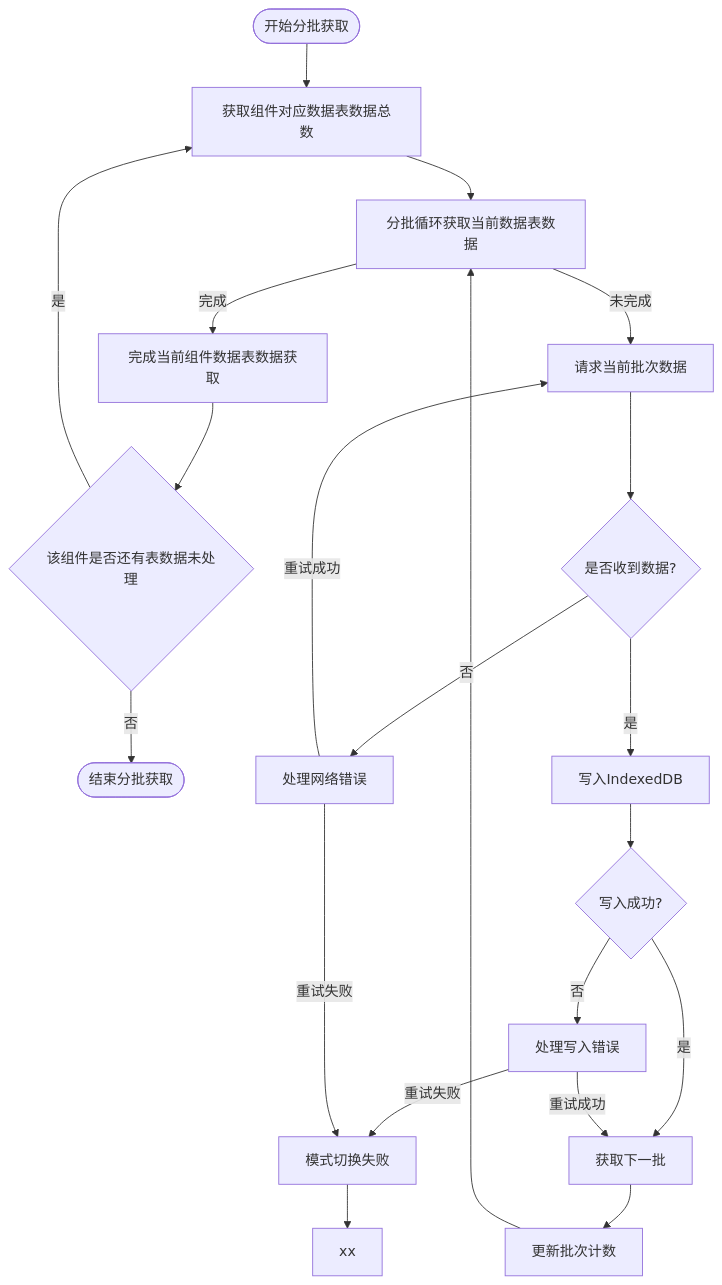
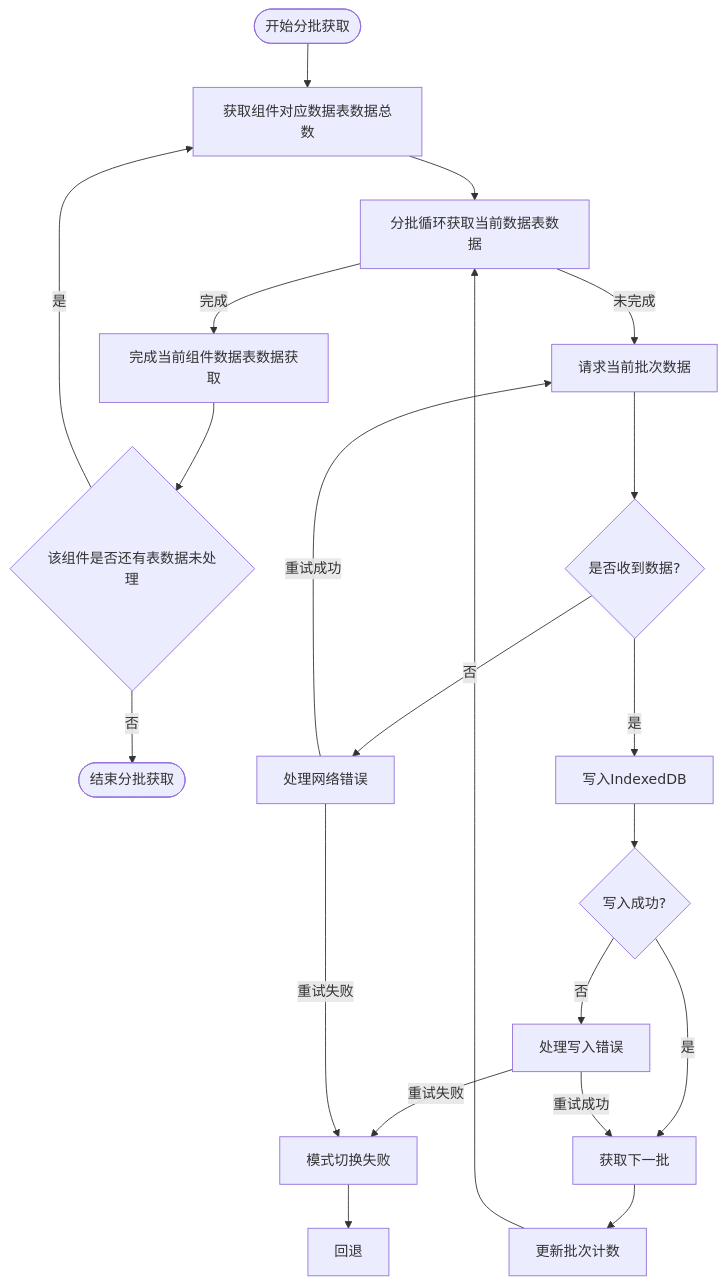
The diagram in all/未命名-56.md (yingjianzh/iodraw-files), drawn with Mermaid before and after one commit.

Commit message:
2025-05-12 10:31:34 update

````diff
--- a/all/未命名-56.md
+++ b/all/未命名-56.md
@@ -1,35 +1,35 @@
 ```mermaid
 
 flowchart TD
     StartBatch([开始分批获取]) --> InitializeBatch[获取组件对应数据表数据总数]
     InitializeBatch --> CheckBatchSize[分批循环获取当前数据表数据]
     
     CheckBatchSize -->|完成| BatchComplete[完成当前组件数据表数据获取]
 
     BatchComplete --> HasNext{该组件是否还有表数据未处理}
 
     HasNext --> |是| InitializeBatch
     HasNext --> |否| EndBatch([结束分批获取])
 
     
     CheckBatchSize -->|未完成| RequestBatch[请求当前批次数据]
     RequestBatch --> ReceiveBatch{是否收到数据?}
     
     ReceiveBatch -->|是| WriteToDB[写入IndexedDB]
     
     WriteToDB --> BatchSuccess{写入成功?}
     BatchSuccess -->|是| NextBatch[获取下一批]
     BatchSuccess -->|否| HandleError[处理写入错误]
     HandleError -->|重试成功| NextBatch
     HandleError -->|重试失败| ModeFailed[模式切换失败]
-    ModeFailed --> Abort[xx]
+    ModeFailed --> Abort[回退]
     
     ReceiveBatch -->|否| HandleNetworkError[处理网络错误]
     HandleNetworkError -->|重试成功| RequestBatch
     HandleNetworkError -->|重试失败| ModeFailed
     
     NextBatch --> IncrementBatch[更新批次计数]
     IncrementBatch --> CheckBatchSize
     
 
 ```
````
